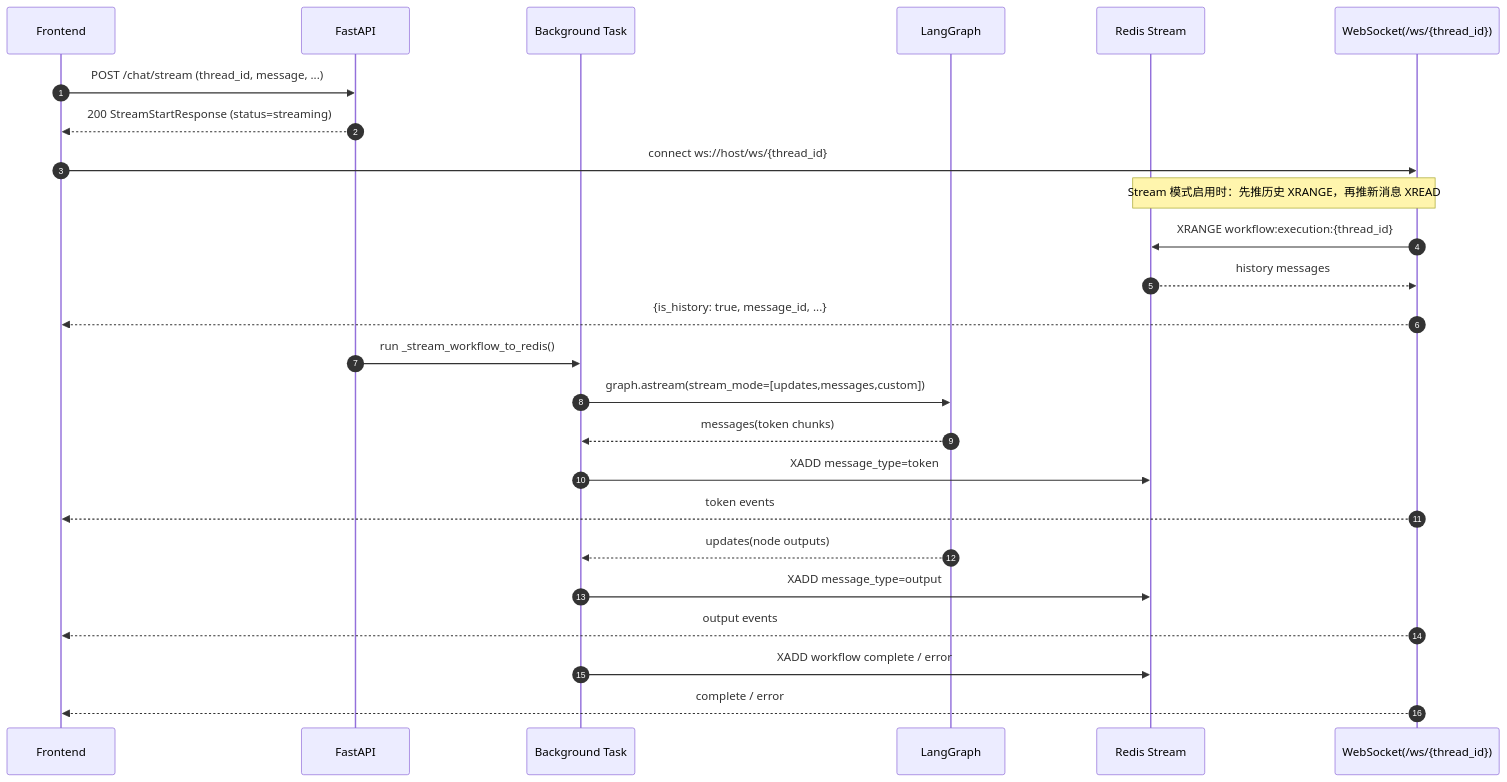
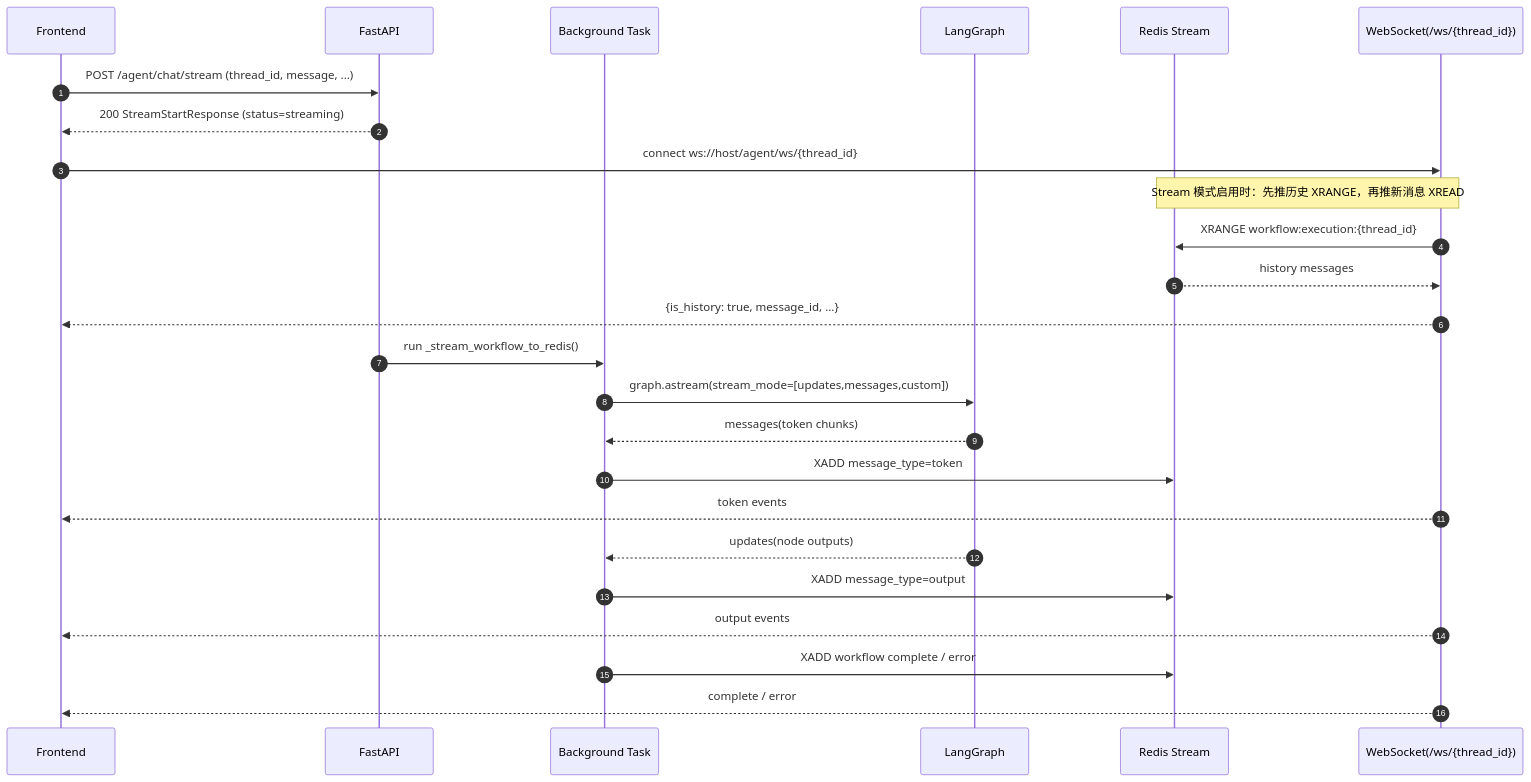
Before and after one commit to zzxtbeta/rag_demo: the first of 5 diagrams in docs/BACKEND_API.md, drawn with Mermaid. The commit also changed other lines of this file and 12 other files, not shown here.

````diff
--- a/docs/BACKEND_API.md
+++ b/docs/BACKEND_API.md
@@ -24,34 +24,34 @@
 ```mermaid
 sequenceDiagram
   autonumber
   participant FE as Frontend
   participant API as FastAPI
   participant BG as Background Task
   participant LG as LangGraph
   participant RS as Redis Stream
   participant WS as WebSocket(/ws/{thread_id})
 
-  FE->>API: POST /chat/stream (thread_id, message, ...)
+  FE->>API: POST /agent/chat/stream (thread_id, message, ...)
   API-->>FE: 200 StreamStartResponse (status=streaming)
 
-  FE->>WS: connect ws://host/ws/{thread_id}
+  FE->>WS: connect ws://host/agent/ws/{thread_id}
 
   Note over WS,RS: Stream 模式启用时：先推历史 XRANGE，再推新消息 XREAD
   WS->>RS: XRANGE workflow:execution:{thread_id}
   RS-->>WS: history messages
   WS-->>FE: {is_history: true, message_id, ...}
 
   API->>BG: run _stream_workflow_to_redis()
   BG->>LG: graph.astream(stream_mode=[updates,messages,custom])
 
   LG-->>BG: messages(token chunks)
   BG->>RS: XADD message_type=token
   WS-->>FE: token events
 
   LG-->>BG: updates(node outputs)
   BG->>RS: XADD message_type=output
   WS-->>FE: output events
 
   BG->>RS: XADD workflow complete / error
   WS-->>FE: complete / error
 ```
````
